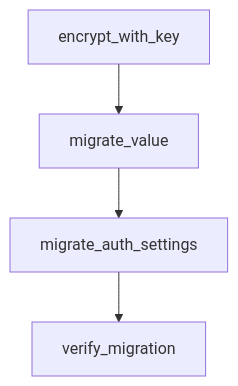
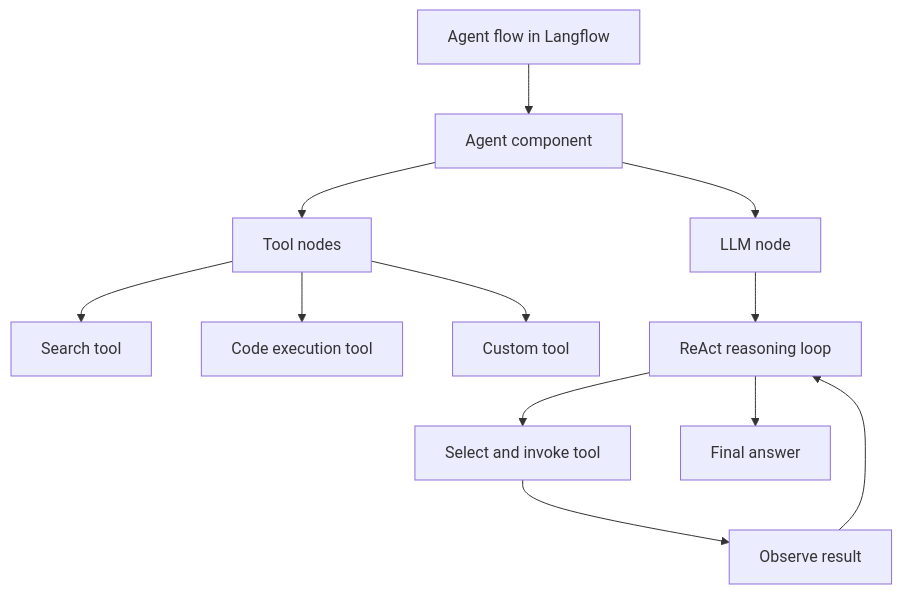
Before and after one commit to johnxie/awesome-code-docs: the diagram in tutorials/langflow-tutorial/04-agent-workflows-and-orchestration.md, drawn with Mermaid. The commit also changed other lines of this file and 1232 other files, not shown here.

````diff
--- a/tutorials/langflow-tutorial/04-agent-workflows-and-orchestration.md
+++ b/tutorials/langflow-tutorial/04-agent-workflows-and-orchestration.md
@@ -210,10 +41,14 @@
 ```mermaid
 flowchart TD
-    A[encrypt_with_key]
-    B[migrate_value]
-    C[migrate_auth_settings]
-    D[verify_migration]
-    A --> B
-    B --> C
-    C --> D
+    A[Agent flow in Langflow] --> B[Agent component]
+    B --> C[LLM node]
+    B --> D[Tool nodes]
+    D --> E[Search tool]
+    D --> F[Code execution tool]
+    D --> G[Custom tool]
+    C --> H[ReAct reasoning loop]
+    H --> I[Select and invoke tool]
+    I --> J[Observe result]
+    J --> H
+    H --> K[Final answer]
 ```
````
